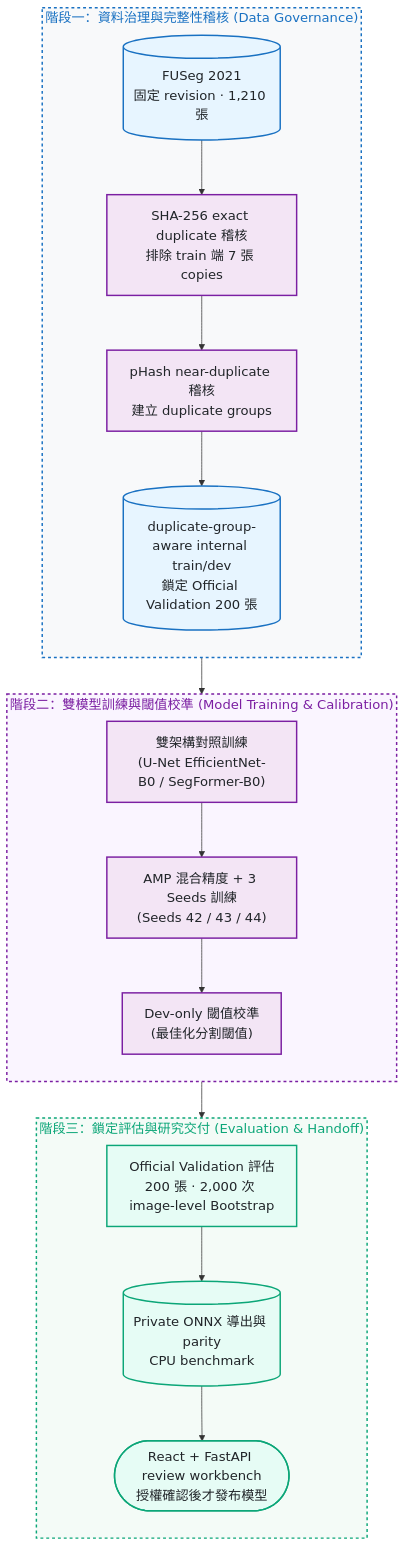
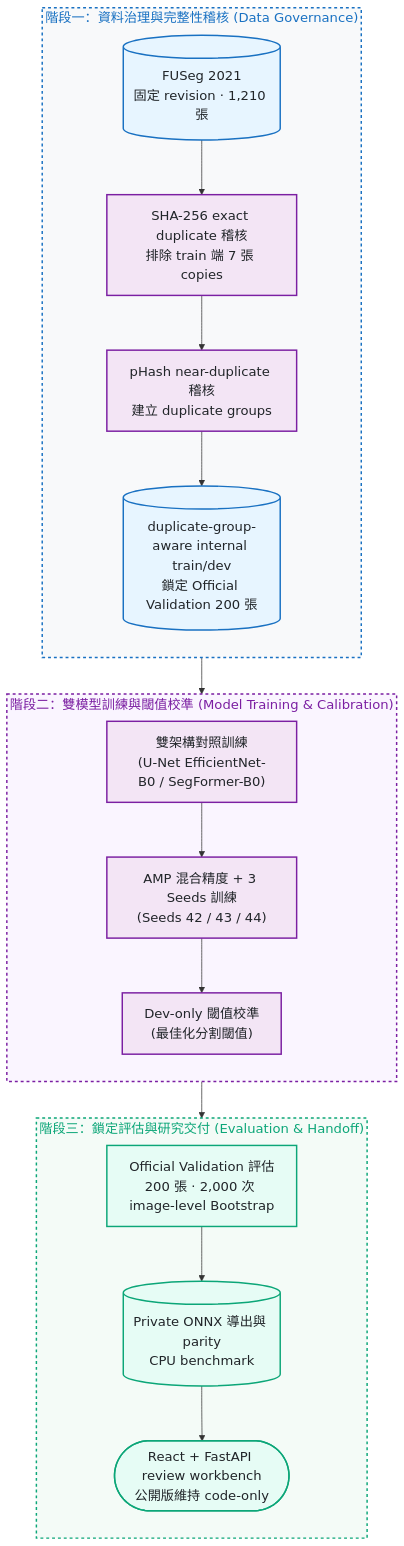
The diagram in README.md (kuotunyu/WoundScope), drawn with Mermaid before and after one commit. The commit also changed other lines of this file and 16 other files, not shown here.

Commit message:
release: prepare v0.2.2 code-only closeout

````diff
--- a/README.md
+++ b/README.md
@@ -32,32 +32,32 @@
 ```mermaid
 %%{init: {'themeVariables': {'fontSize': '18px'}}}%%
 flowchart TD
     subgraph Stage1 ["階段一：資料治理與完整性稽核 (Data Governance)"]
         direction TB
         Raw[("FUSeg 2021<br/>固定 revision · 1,210 張")] --> Exact["SHA-256 exact duplicate 稽核<br/>排除 train 端 7 張 copies"]
         Exact --> Near["pHash near-duplicate 稽核<br/>建立 duplicate groups"]
         Near --> Split[("duplicate-group-aware internal train/dev<br/>鎖定 Official Validation 200 張")]
     end
 
     subgraph Stage2 ["階段二：雙模型訓練與閾值校準 (Model Training & Calibration)"]
         direction TB
         Split --> Models["雙架構對照訓練<br/>(U-Net EfficientNet-B0 / SegFormer-B0)"] --> Train["AMP 混合精度 + 3 Seeds 訓練<br/>(Seeds 42 / 43 / 44)"] --> Calib["Dev-only 閾值校準<br/>(最佳化分割閾值)"]
     end
 
     subgraph Stage3 ["階段三：鎖定評估與研究交付 (Evaluation & Handoff)"]
         direction TB
-        Calib --> Eval["Official Validation 評估<br/>200 張 · 2,000 次 image-level Bootstrap"] --> ONNX[("Private ONNX 導出與 parity<br/>CPU benchmark")] --> Demo(["React + FastAPI review workbench<br/>授權確認後才發布模型"])
+        Calib --> Eval["Official Validation 評估<br/>200 張 · 2,000 次 image-level Bootstrap"] --> ONNX[("Private ONNX 導出與 parity<br/>CPU benchmark")] --> Demo(["React + FastAPI review workbench<br/>公開版維持 code-only"])
     end
 
     classDef srcStyle fill:#e7f5ff,stroke:#1971c2,stroke-width:2px,color:#212529
     classDef procStyle fill:#f3e5f5,stroke:#7b1fa2,stroke-width:2px,color:#212529
     classDef evalStyle fill:#e6fcf5,stroke:#0ca678,stroke-width:2px,color:#212529
 
     class Raw,Split srcStyle
     class Exact,Near,Models,Train,Calib procStyle
     class Eval,ONNX,Demo evalStyle
 
     style Stage1 fill:#f8f9fa,stroke:#1971c2,stroke-width:2px,color:#1971c2,stroke-dasharray: 4 4
     style Stage2 fill:#faf5ff,stroke:#7b1fa2,stroke-width:2px,color:#7b1fa2,stroke-dasharray: 4 4
     style Stage3 fill:#f4fbf7,stroke:#0ca678,stroke-width:2px,color:#0ca678,stroke-dasharray: 4 4
 ```
````
